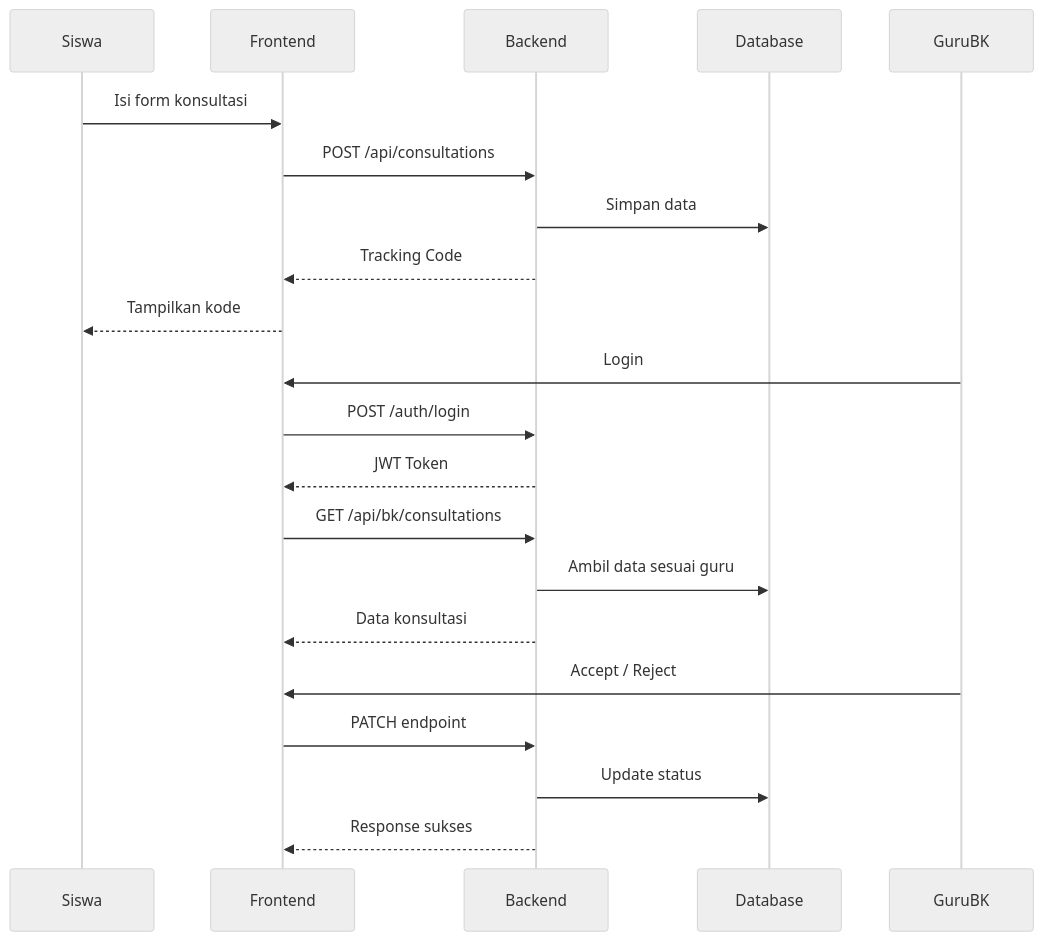
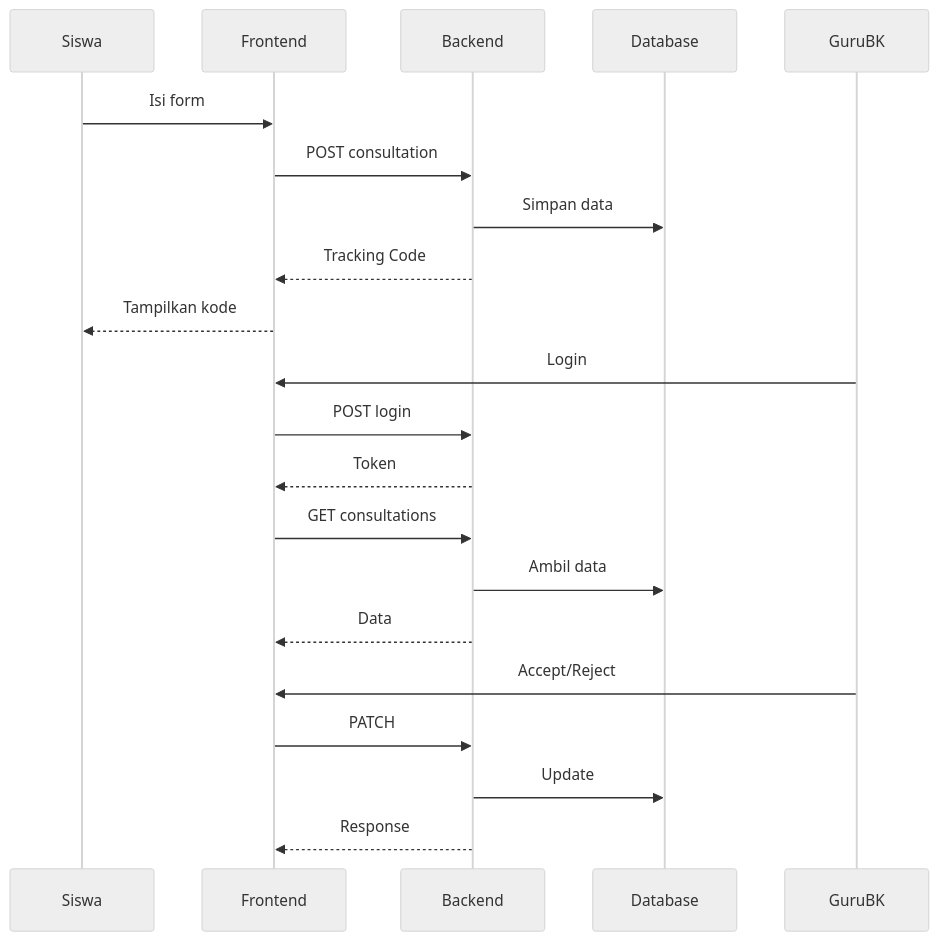
Before and after one commit to aidilsaputrakirsan-classroom/cc-kelompok-a-suksesss: the fifth of 5 diagrams in docs/arsitektur-sistem.md, drawn with Mermaid (neutral theme). The commit also changed other lines of this file and 1 other file, not shown here.

````diff
--- a/docs/arsitektur-sistem.md
+++ b/docs/arsitektur-sistem.md
@@ -105,27 +105,27 @@
 ```mermaid
 sequenceDiagram
     participant Siswa
     participant Frontend
     participant Backend
     participant Database
     participant GuruBK
 
-    Siswa->>Frontend: Isi form konsultasi
-    Frontend->>Backend: POST /api/consultations
+    Siswa->>Frontend: Isi form
+    Frontend->>Backend: POST consultation
     Backend->>Database: Simpan data
     Backend-->>Frontend: Tracking Code
     Frontend-->>Siswa: Tampilkan kode
 
     GuruBK->>Frontend: Login
-    Frontend->>Backend: POST /auth/login
-    Backend-->>Frontend: JWT Token
+    Frontend->>Backend: POST login
+    Backend-->>Frontend: Token
 
-    Frontend->>Backend: GET /api/bk/consultations
-    Backend->>Database: Ambil data sesuai guru
-    Backend-->>Frontend: Data konsultasi
+    Frontend->>Backend: GET consultations
+    Backend->>Database: Ambil data
+    Backend-->>Frontend: Data
 
-    GuruBK->>Frontend: Accept / Reject
-    Frontend->>Backend: PATCH endpoint
-    Backend->>Database: Update status
-    Backend-->>Frontend: Response sukses
+    GuruBK->>Frontend: Accept/Reject
+    Frontend->>Backend: PATCH
+    Backend->>Database: Update
+    Backend-->>Frontend: Response
 ```
````
